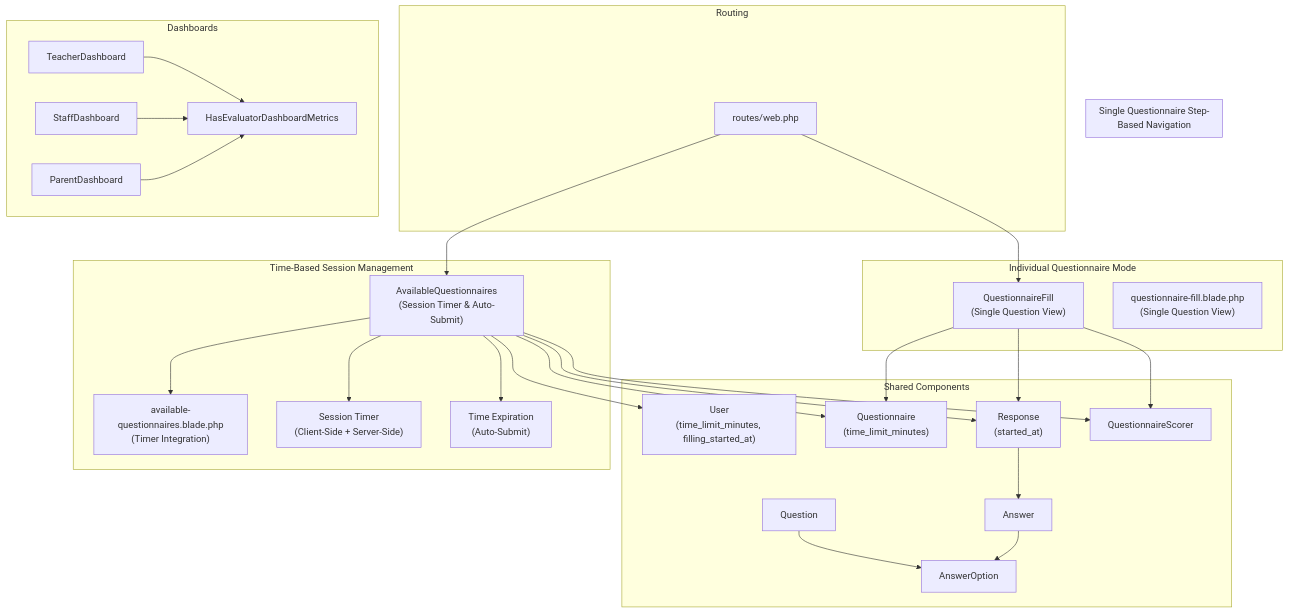
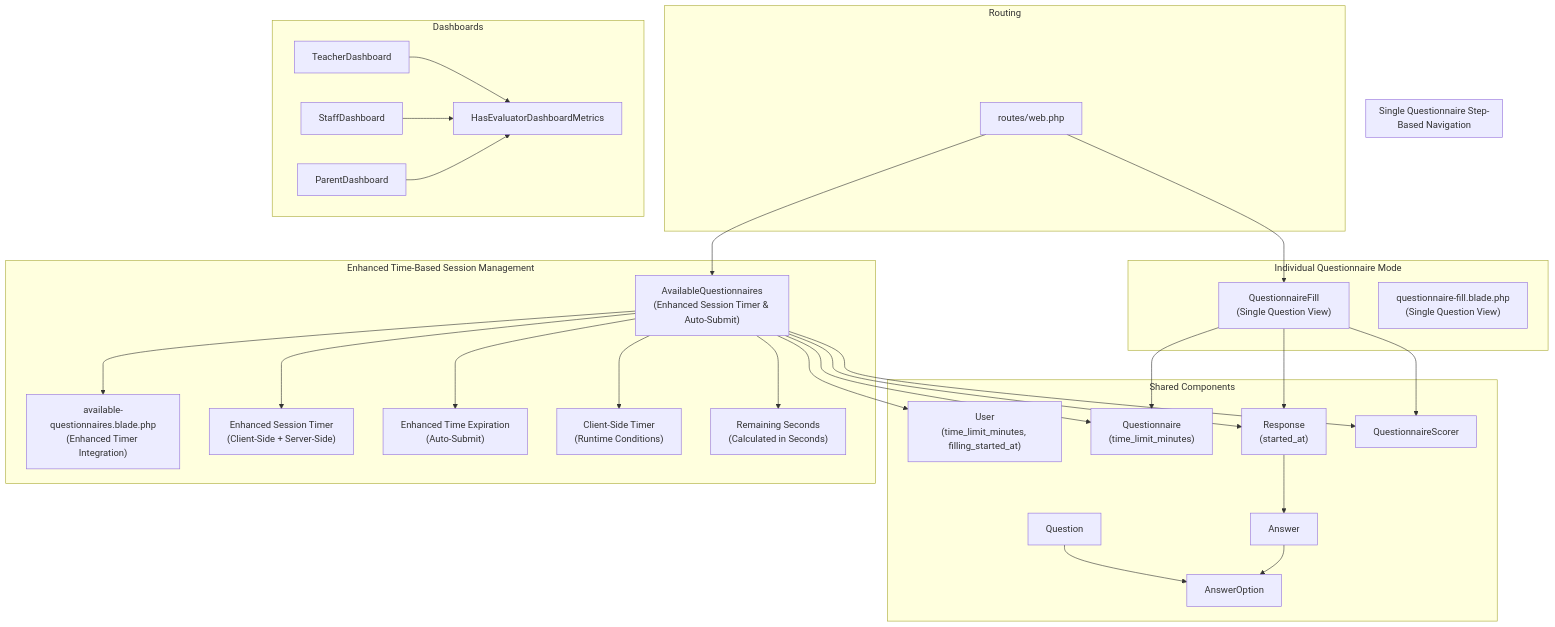
Before and after one commit to rudicatsmile/assesment360: the first of 9 diagrams in .qoder/repowiki/en/content/Core Features/Evaluation Workflows/Questionnaire Filling Interface.md, drawn with Mermaid. The commit also changed other lines of this file and 6 other files, not shown here.

````diff
--- a/.qoder/repowiki/en/content/Core Features/Evaluation Workflows/Questionnaire Filling Interface.md
+++ b/.qoder/repowiki/en/content/Core Features/Evaluation Workflows/Questionnaire Filling Interface.md
@@ -61,51 +61,55 @@
 ```mermaid
 graph TB
-subgraph "Time-Based Session Management"
-AQ["AvailableQuestionnaires<br/>(Session Timer & Auto-Submit)"]
-AQV["available-questionnaires.blade.php<br/>(Timer Integration)"]
-ST["Session Timer<br/>(Client-Side + Server-Side)"]
-TE["Time Expiration<br/>(Auto-Submit)"]
+subgraph "Enhanced Time-Based Session Management"
+AQ["AvailableQuestionnaires<br/>(Enhanced Session Timer & Auto-Submit)"]
+AQV["available-questionnaires.blade.php<br/>(Enhanced Timer Integration)"]
+ST["Enhanced Session Timer<br/>(Client-Side + Server-Side)"]
+TE["Enhanced Time Expiration<br/>(Auto-Submit)"]
+CS["Client-Side Timer<br/>(Runtime Conditions)"]
+RS["Remaining Seconds<br/>(Calculated in Seconds)"]
 end
 subgraph "Single Questionnaire Step-Based Navigation"
 AQ --> AQV
 AQ --> ST
 AQ --> TE
+AQ --> CS
+AQ --> RS
 end
 subgraph "Individual Questionnaire Mode"
 WF["QuestionnaireFill<br/>(Single Question View)"]
 QF["questionnaire-fill.blade.php<br/>(Single Question View)"]
 end
 subgraph "Shared Components"
 QN["Questionnaire<br/>(time_limit_minutes)"]
 QT["Question"]
 AO["AnswerOption"]
 RP["Response<br/>(started_at)"]
 AN["Answer"]
 US["User<br/>(time_limit_minutes, filling_started_at)"]
 SC["QuestionnaireScorer"]
 end
 subgraph "Routing"
 RT["routes/web.php"]
 end
 subgraph "Dashboards"
 TD["TeacherDashboard"]
 SD["StaffDashboard"]
 PD["ParentDashboard"]
 METRICS["HasEvaluatorDashboardMetrics"]
 end
 AQ --> US
 AQ --> QN
 WF --> QN
 AQ --> RP
 WF --> RP
 RP --> AN
 QT --> AO
 AN --> AO
 AQ --> SC
 WF --> SC
 RT --> AQ
 RT --> WF
 TD --> METRICS
 SD --> METRICS
 PD --> METRICS
 ```
````
